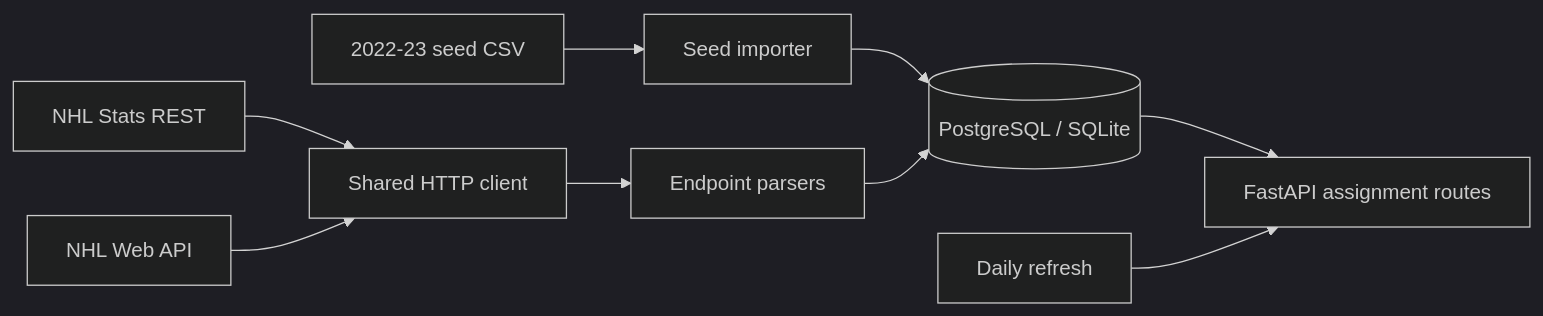
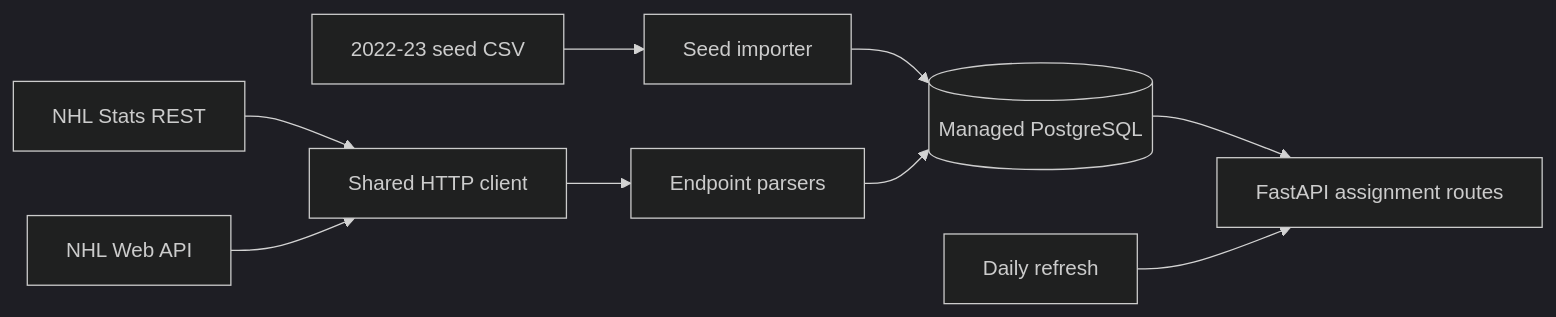
The diagram in README.md (bestisblessed/nhl-ai), drawn with Mermaid (dark theme) before and after one commit. The commit also changed other lines of this file and 8 other files, not shown here.

Commit message:
Migrate NHL refresh workflow to Supabase PostgreSQL

````diff
--- a/README.md
+++ b/README.md
@@ -45,11 +68,11 @@
 ```mermaid
 flowchart LR
   CSV[2022-23 seed CSV] --> Import[Seed importer]
   Stats[NHL Stats REST] --> Client[Shared HTTP client]
   Web[NHL Web API] --> Client
   Client --> Parse[Endpoint parsers]
-  Import --> DB[(PostgreSQL / SQLite)]
+  Import --> DB[(Managed PostgreSQL)]
   Parse --> DB
   DB --> API[FastAPI assignment routes]
   Cron[Daily refresh] --> API
 ```
````
